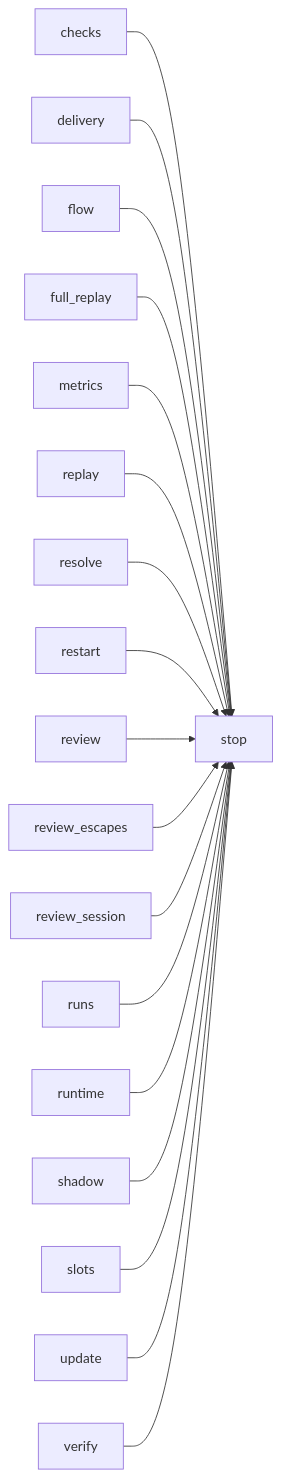
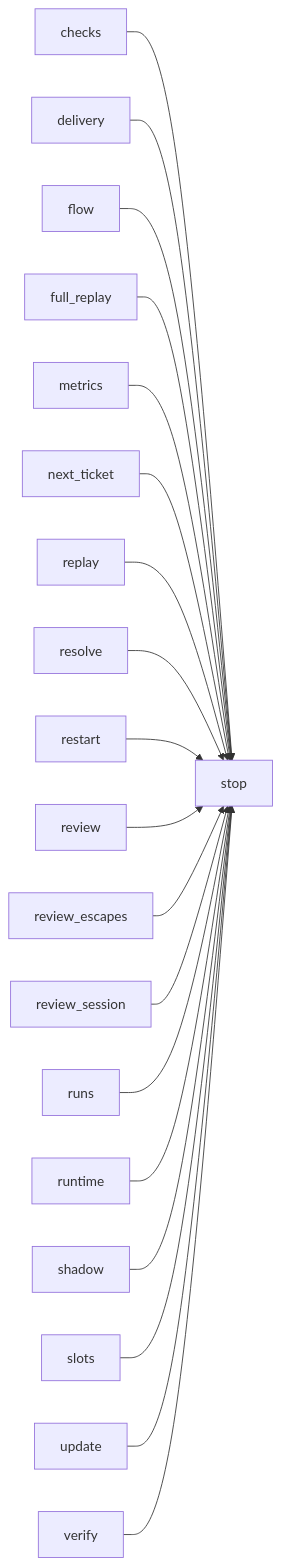
One commit to plaplanche/ariane changed the second of 2 diagrams in docs/architecture/modules/stop.md. Above: the diagram before and after it, drawn with Mermaid. The commit also changed 42 other files, not shown here.

Commit message:
#223: ariane next: propose the next ticket that can start safely next to the running ones, start it on the owner's confirmation (C11, C22, C23)

````diff
--- a/docs/architecture/modules/stop.md
+++ b/docs/architecture/modules/stop.md
@@ -52,20 +52,21 @@
 ```mermaid
 flowchart LR
   checks --> stop
   delivery --> stop
   flow --> stop
   full_replay --> stop
   metrics --> stop
+  next_ticket --> stop
   replay --> stop
   resolve --> stop
   restart --> stop
   review --> stop
   review_escapes --> stop
   review_session --> stop
   runs --> stop
   runtime --> stop
   shadow --> stop
   slots --> stop
   update --> stop
   verify --> stop
 ```
````
